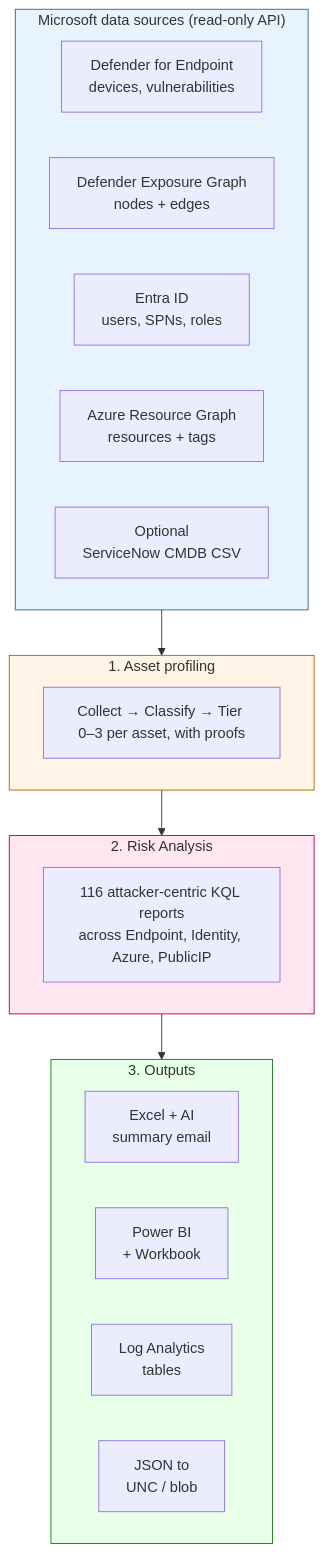
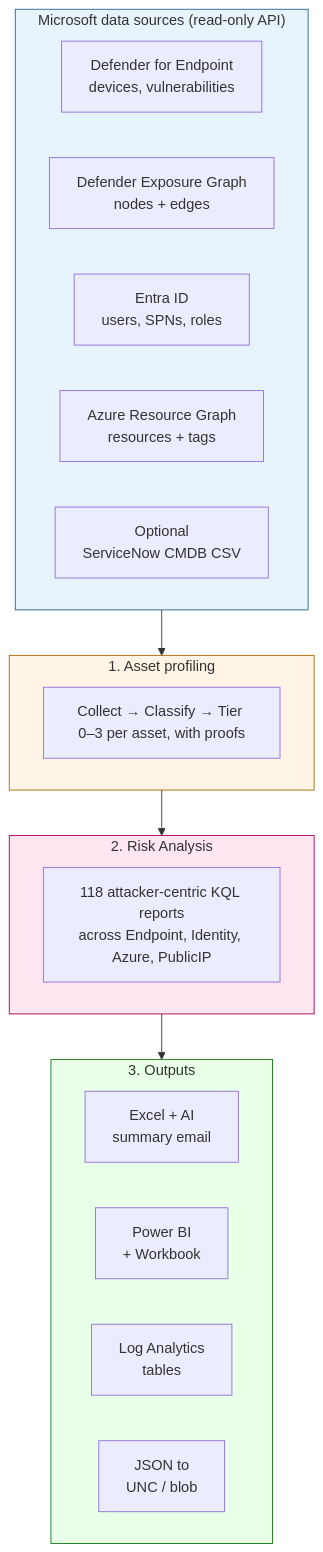
The first of 10 diagrams in README.md (KnudsenMorten/SecurityInsight), drawn with Mermaid before and after one commit. The commit also changed other lines of this file and 6 other files, not shown here.

````diff
--- a/README.md
+++ b/README.md
@@ -160,29 +160,29 @@
 ```mermaid
 flowchart TB
     subgraph SOURCES ["Microsoft data sources (read-only API)"]
         direction LR
         S1[Defender for Endpoint<br/>devices, vulnerabilities]
         S2[Defender Exposure Graph<br/>nodes + edges]
         S3[Entra ID<br/>users, SPNs, roles]
         S4[Azure Resource Graph<br/>resources + tags]
         S5[Optional<br/>ServiceNow CMDB CSV]
     end
     subgraph PROFILE ["1. Asset profiling"]
         P1[Collect → Classify → Tier 0–3 per asset, with proofs]
     end
     subgraph RA ["2. Risk Analysis"]
-        R1[116 attacker-centric KQL reports<br/>across Endpoint, Identity, Azure, PublicIP]
+        R1[118 attacker-centric KQL reports<br/>across Endpoint, Identity, Azure, PublicIP]
     end
     subgraph OUT ["3. Outputs"]
         direction LR
         O1[Excel + AI<br/>summary email]
         O2[Power BI<br/>+ Workbook]
         O3[Log Analytics<br/>tables]
         O4[JSON to<br/>UNC / blob]
     end
     SOURCES --> PROFILE --> RA --> OUT
     style SOURCES fill:#e8f4fd,stroke:#2a6592
     style PROFILE fill:#fff4e6,stroke:#a86a00
     style RA fill:#ffe6f0,stroke:#a8005c
     style OUT fill:#e8ffe8,stroke:#1a7a1a
 ```
````
